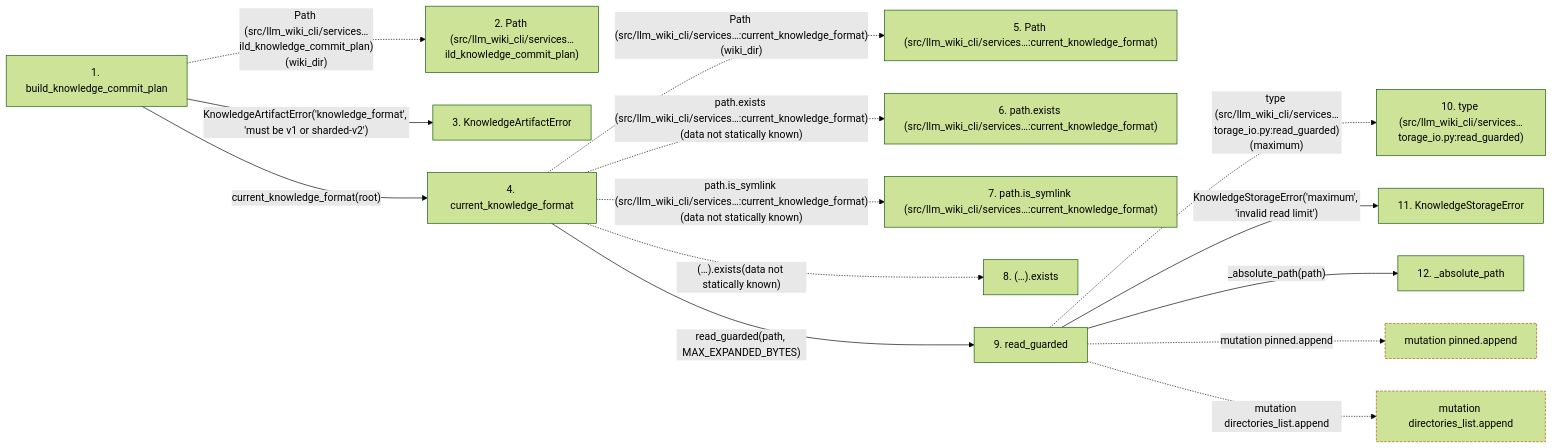
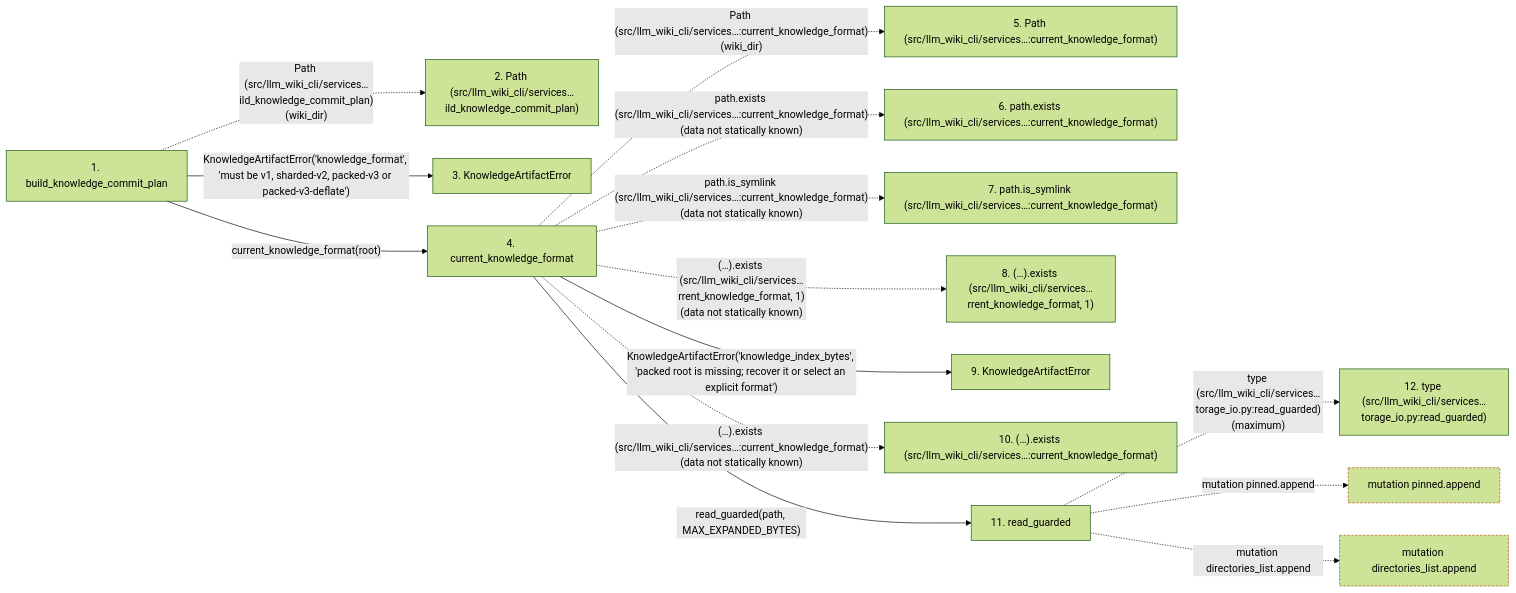
The second of 2 diagrams in docs/llm_wiki/flows/api-build_knowledge_commit_plan.md (Denissvgn/python-wiki-llm), drawn with Mermaid (forest theme) before and after one commit. The commit also changed other lines of this file and 6105 other files, not shown here.

Commit message:
Adopt compressed knowledge packs in the reference wiki

````diff
--- a/docs/llm_wiki/flows/api-build_knowledge_commit_plan.md
+++ b/docs/llm_wiki/flows/api-build_knowledge_commit_plan.md
@@ -103,39 +102,38 @@
 ```mermaid
 flowchart LR
     s1["1. build_knowledge_commit_plan"]
     s2["2. Path (src/llm_wiki_cli/services…ild_knowledge_commit_plan)"]
     s3["3. KnowledgeArtifactError"]
     s4["4. current_knowledge_format"]
     s5["5. Path (src/llm_wiki_cli/services…:current_knowledge_format)"]
     s6["6. path.exists (src/llm_wiki_cli/services…:current_knowledge_format)"]
     s7["7. path.is_symlink (src/llm_wiki_cli/services…:current_knowledge_format)"]
-    s8["8. (…).exists"]
-    s9["9. read_guarded"]
-    s10["10. type (src/llm_wiki_cli/services…torage_io.py:read_guarded)"]
-    s11["11. KnowledgeStorageError"]
-    s12["12. _absolute_path"]
+    s8["8. (…).exists (src/llm_wiki_cli/services…rrent_knowledge_format, 1)"]
+    s9["9. KnowledgeArtifactError"]
+    s10["10. (…).exists (src/llm_wiki_cli/services…:current_knowledge_format)"]
+    s11["11. read_guarded"]
+    s12["12. type (src/llm_wiki_cli/services…torage_io.py:read_guarded)"]
     s1 -. "Path (src/llm_wiki_cli/services…ild_knowledge_commit_plan)(wiki_dir)" .-> s2
-    s1 -->|"KnowledgeArtifactError('knowledge_format', 'must be v1 or sharded-v2')"| s3
+    s1 -->|"KnowledgeArtifactError('knowledge_format', 'must be v1, sharded-v2, packed-v3 or packed-v3-deflate')"| s3
     s1 -->|"current_knowledge_format(root)"| s4
     s4 -. "Path (src/llm_wiki_cli/services…:current_knowledge_format)(wiki_dir)" .-> s5
     s4 -. "path.exists (src/llm_wiki_cli/services…:current_knowledge_format)(data not statically known)" .-> s6
     s4 -. "path.is_symlink (src/llm_wiki_cli/services…:current_knowledge_format)(data not statically known)" .-> s7
-    s4 -. "(…).exists(data not statically known)" .-> s8
-    s4 -->|"read_guarded(path, MAX_EXPANDED_BYTES)"| s9
-    s9 -. "type (src/llm_wiki_cli/services…torage_io.py:read_guarded)(maximum)" .-> s10
-    s9 -->|"KnowledgeStorageError('maximum', 'invalid read limit')"| s11
-    s9 -->|"_absolute_path(path)"| s12
+    s4 -. "(…).exists (src/llm_wiki_cli/services…rrent_knowledge_format, 1)(data not statically known)" .-> s8
+    s4 -->|"KnowledgeArtifactError('knowledge_index_bytes', 'packed root is missing; recover it or select an explicit format')"| s9
+    s4 -. "(…).exists (src/llm_wiki_cli/services…:current_knowledge_format)(data not statically known)" .-> s10
+    s4 -->|"read_guarded(path, MAX_EXPANDED_BYTES)"| s11
+    s11 -. "type (src/llm_wiki_cli/services…torage_io.py:read_guarded)(maximum)" .-> s12
     b0["mutation pinned.append"]
-    s9 -. "mutation pinned.append" .-> b0
+    s11 -. "mutation pinned.append" .-> b0
     b1["mutation directories_list.append"]
-    s9 -. "mutation directories_list.append" .-> b1
+    s11 -. "mutation directories_list.append" .-> b1
     click s1 "../modules/knowledge_artifacts.md"
     click s3 "../modules/knowledge_artifacts.md"
     click s4 "../modules/knowledge_artifacts.md"
-    click s9 "../modules/knowledge_storage_io.md"
-    click s11 "../modules/knowledge_storage.md"
-    click s12 "../modules/knowledge_storage_io.md"
+    click s9 "../modules/knowledge_artifacts.md"
+    click s11 "../modules/knowledge_storage_io.md"
     classDef boundary stroke:#b45309,stroke-dasharray: 4 2
     class b0 boundary
     class b1 boundary
 ```
````
